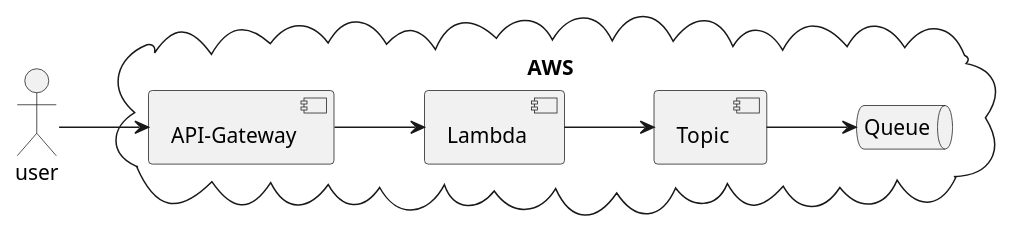
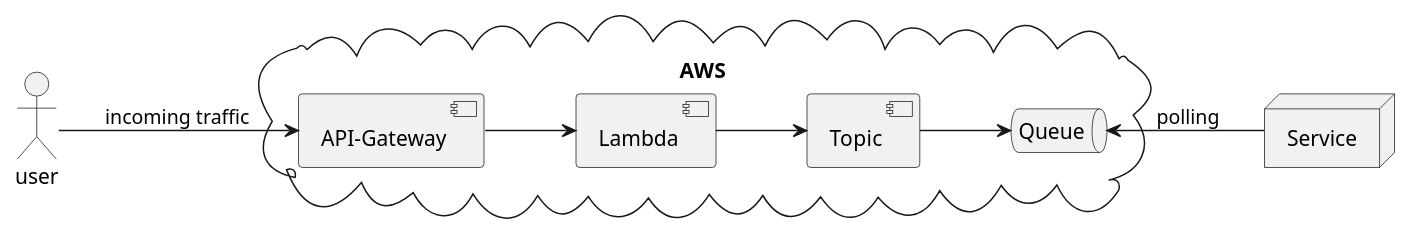
The diagram in doc/uml/ApiGatewayToLambdaToTopicToQueue.puml (trustedshops/aws-examples), drawn with PlantUML before and after one commit. The commit also changed 2 other files, not shown here.

Commit message:
add chart

```diff
--- a/doc/uml/ApiGatewayToLambdaToTopicToQueue.puml
+++ b/doc/uml/ApiGatewayToLambdaToTopicToQueue.puml
@@ -2,22 +2,25 @@
 @startuml
 
 left to right direction
 
 'skinparam handwritten true
 
 actor user
 
 cloud AWS {
   [API-Gateway]
   [Lambda]
   [Topic]
   queue Queue
 }
 
+node Service
 
-user --> [API-Gateway]
+
+user --> [API-Gateway]: incoming traffic
 [API-Gateway] --> [Lambda]
 [Lambda] --> [Topic]
 [Topic] --> Queue
+Queue <-- Service: polling
 
 @enduml
```
